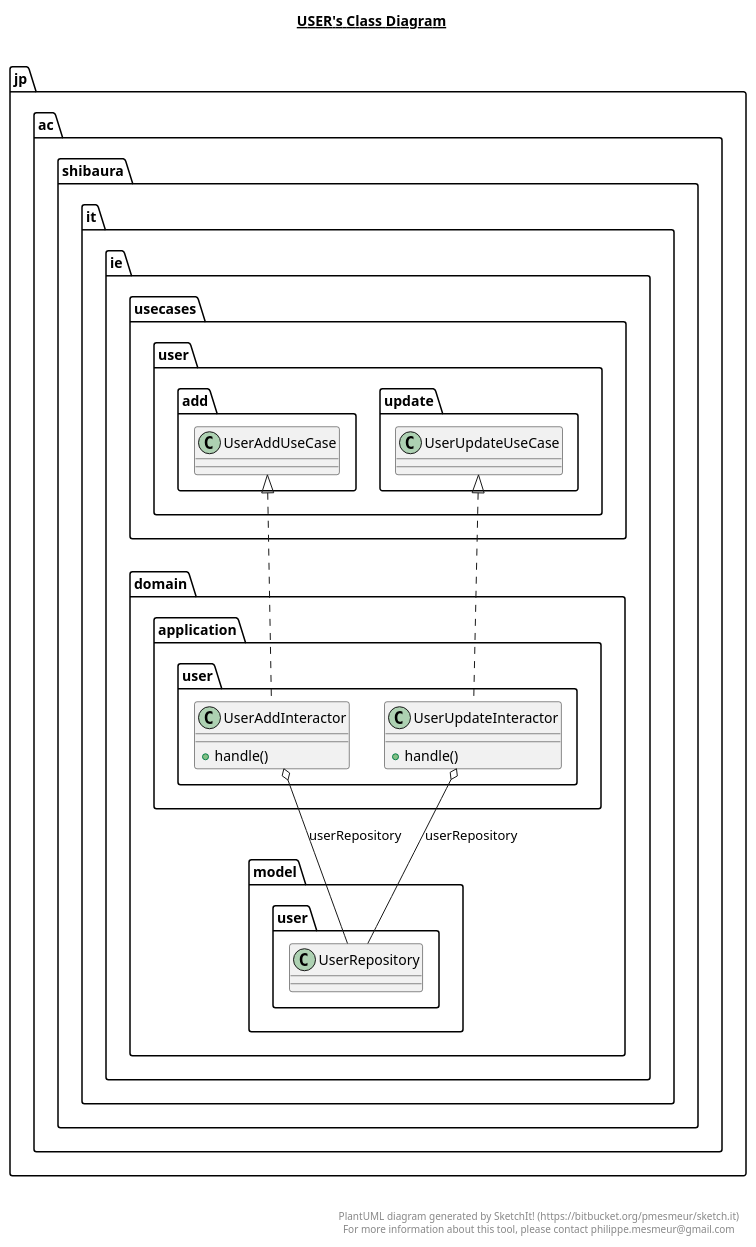
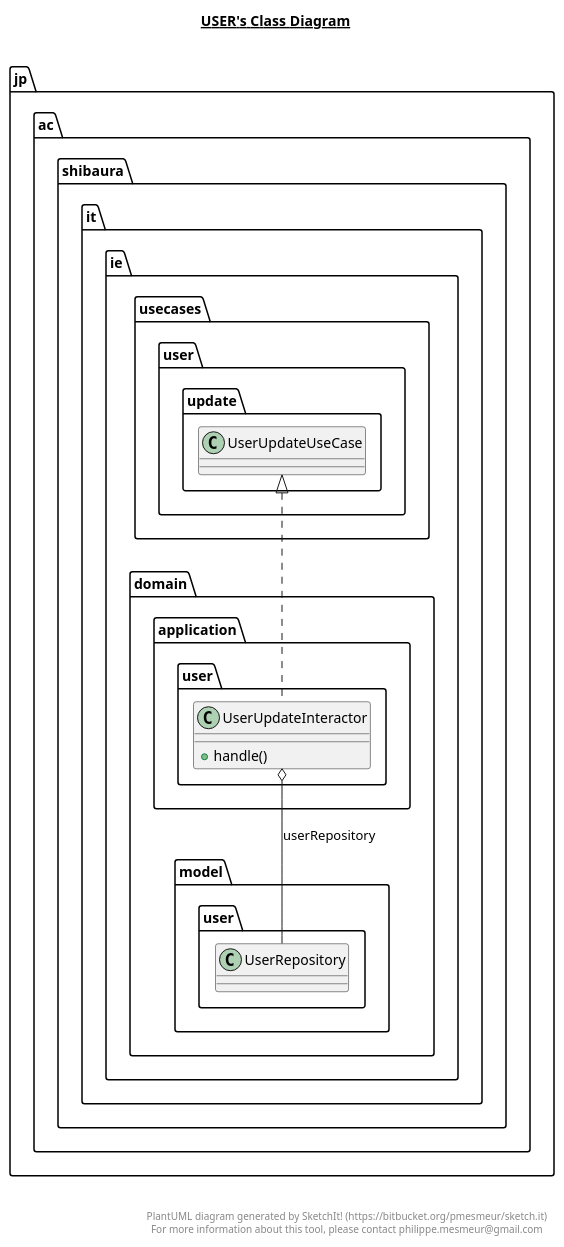
The diagram in src/jp/ac/shibaura/it/ie/domain/application/user/user.plantuml (THEToilet/chatLobbyServer), drawn with PlantUML before and after one commit. The commit also changed 74 other files, not shown here.

```diff
--- a/src/jp/ac/shibaura/it/ie/domain/application/user/user.plantuml
+++ b/src/jp/ac/shibaura/it/ie/domain/application/user/user.plantuml
@@ -1,36 +1,25 @@
 @startuml
 
 title __USER's Class Diagram__\n
-
-  namespace jp.ac.shibaura.it.ie {
-    namespace domain.application.user {
-      class jp.ac.shibaura.it.ie.domain.application.user.UserAddInteractor {
-          + handle()
-      }
-    }
-  }
-  
 
   namespace jp.ac.shibaura.it.ie {
     namespace domain.application.user {
       class jp.ac.shibaura.it.ie.domain.application.user.UserUpdateInteractor {
           + handle()
       }
     }
   }
   
 
-  jp.ac.shibaura.it.ie.domain.application.user.UserAddInteractor .up.|> jp.ac.shibaura.it.ie.usecases.user.add.UserAddUseCase
-  jp.ac.shibaura.it.ie.domain.application.user.UserAddInteractor o-- jp.ac.shibaura.it.ie.domain.model.user.UserRepository : userRepository
   jp.ac.shibaura.it.ie.domain.application.user.UserUpdateInteractor .up.|> jp.ac.shibaura.it.ie.usecases.user.update.UserUpdateUseCase
   jp.ac.shibaura.it.ie.domain.application.user.UserUpdateInteractor o-- jp.ac.shibaura.it.ie.domain.model.user.UserRepository : userRepository
 
 
 right footer
 
 
 PlantUML diagram generated by SketchIt! (https://bitbucket.org/pmesmeur/sketch.it)
 For more information about this tool, please contact philippe.mesmeur@gmail.com
 endfooter
 
 @enduml
```
